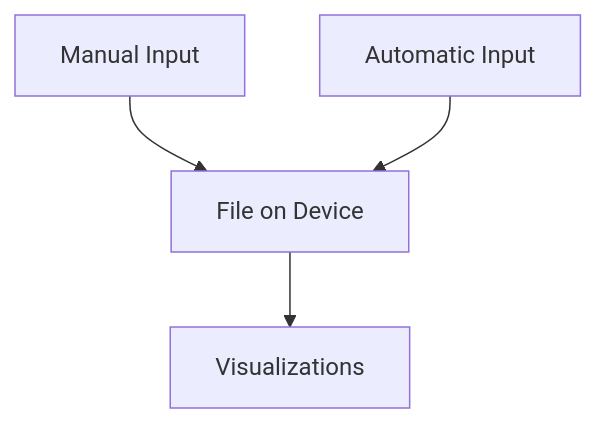
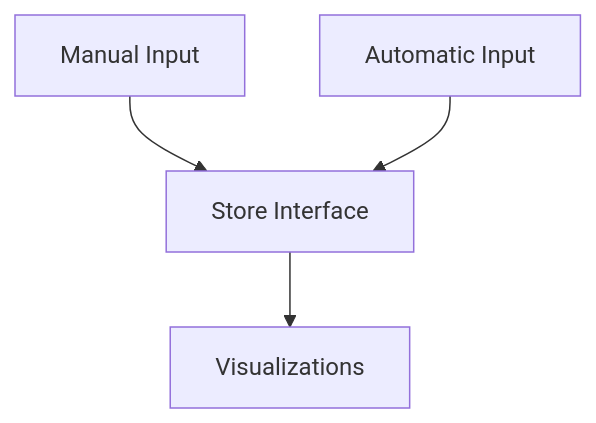
One commit to arjungandhi/metrics changed the diagram in design_doc.md. Above: the diagram before and after it, drawn with Mermaid. The commit also changed other lines of this file and 2 other files, not shown here.

````diff
--- a/design_doc.md
+++ b/design_doc.md
@@ -23,11 +19,11 @@
 ```mermaid
 graph TD
 A[Manual Input]
 B[Automatic Input]
-C[File on Device]
+C[Store Interface] 
 D[Visualizations]
 
 A --> C
 B --> C
 C --> D
 ```
````
